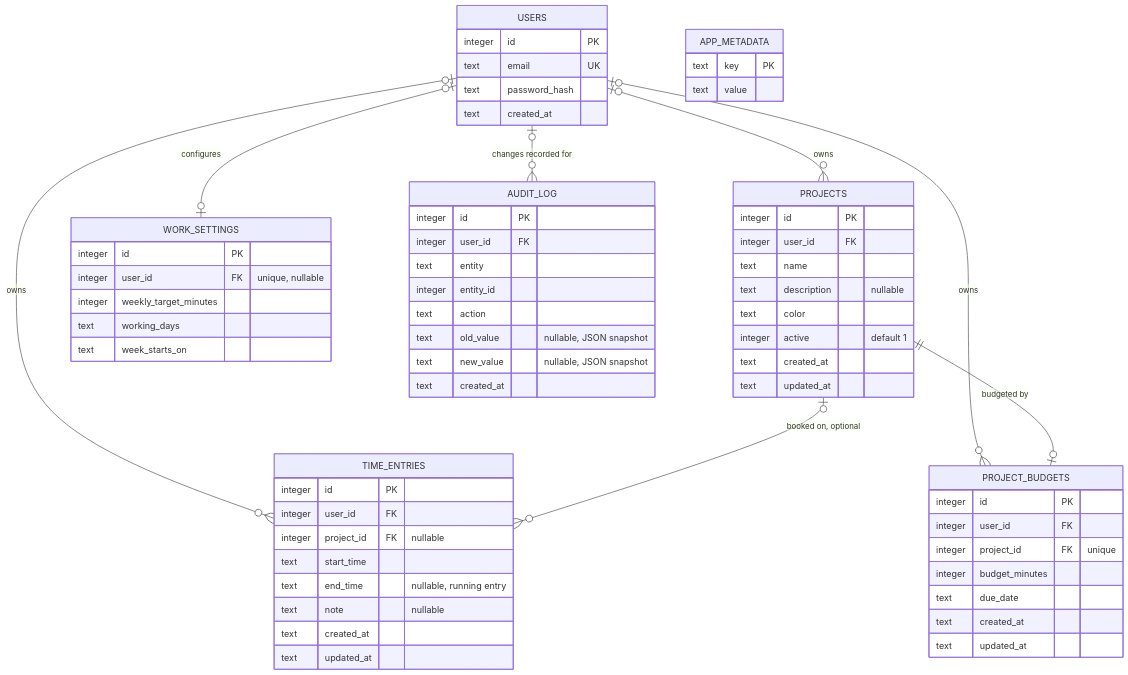
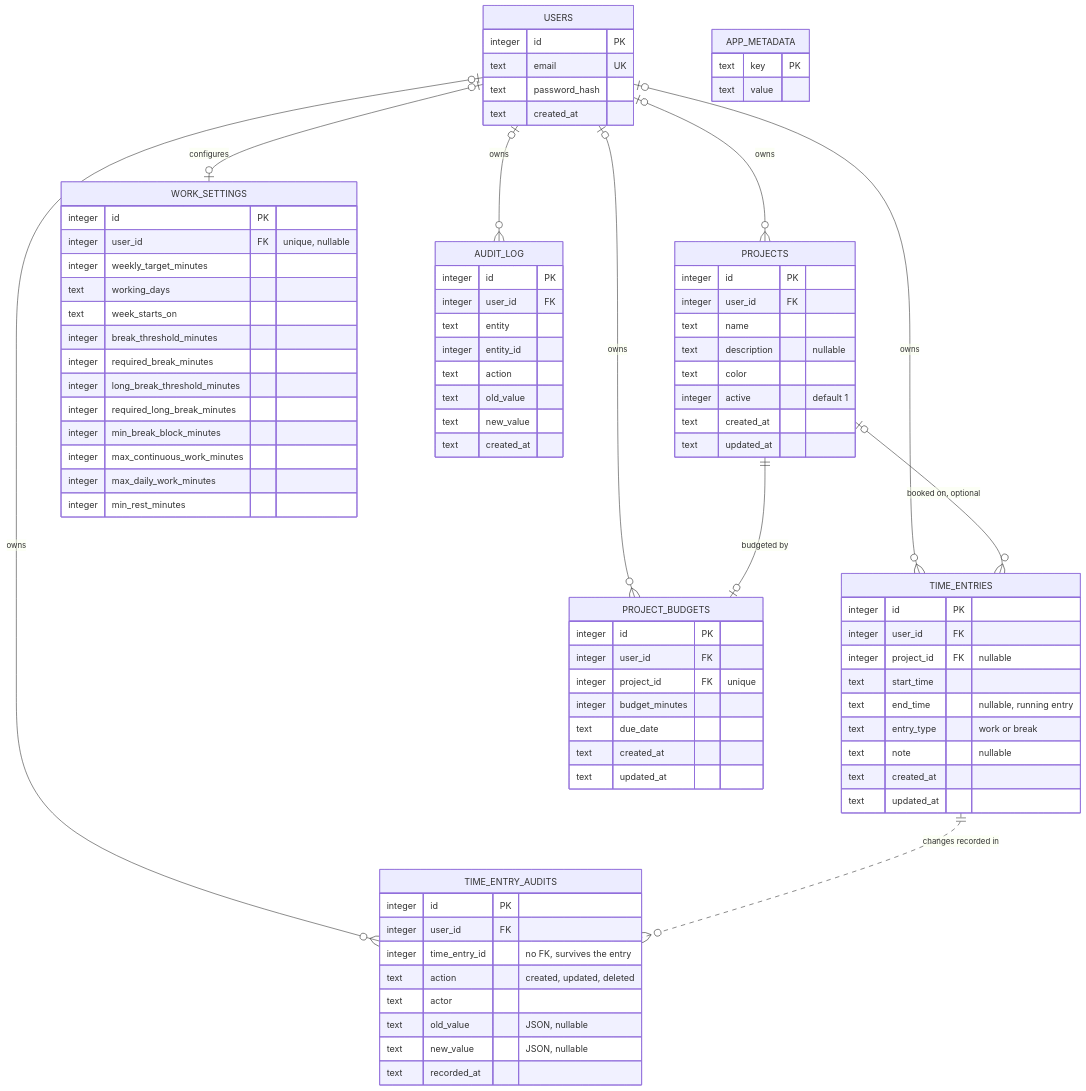
One commit to serious6/WorkTimeTracker changed the third of 3 diagrams in docs/data-model.md. Above: the diagram before and after it, drawn with Mermaid. The commit also changed other lines of this file and 59 other files, not shown here.

First line of the commit message:
UC-3: ArbZG break/rest compliance, monthly export and audit trail (#36)

```diff
--- a/docs/data-model.md
+++ b/docs/data-model.md
@@ -84,7 +86,9 @@
   USERS o|--o{ TIME_ENTRIES : owns
   USERS o|--o{ PROJECT_BUDGETS : owns
   USERS o|--o| WORK_SETTINGS : configures
-  USERS o|--o{ AUDIT_LOG : "changes recorded for"
+  USERS o|--o{ TIME_ENTRY_AUDITS : owns
+  TIME_ENTRIES ||..o{ TIME_ENTRY_AUDITS : "changes recorded in"
+  USERS o|--o{ AUDIT_LOG : owns
   PROJECTS o|--o{ TIME_ENTRIES : "booked on, optional"
   PROJECTS ||--o| PROJECT_BUDGETS : "budgeted by"
 
@@ -92,6 +96,16 @@
     integer id PK
     text email UK
     text password_hash
+    text created_at
+  }
+  AUDIT_LOG {
+    integer id PK
+    integer user_id FK
+    text entity
+    integer entity_id
+    text action
+    text old_value
+    text new_value
     text created_at
   }
   PROJECTS {
@@ -110,9 +124,20 @@
     integer project_id FK "nullable"
     text start_time
     text end_time "nullable, running entry"
+    text entry_type "work or break"
     text note "nullable"
     text created_at
     text updated_at
+  }
+  TIME_ENTRY_AUDITS {
+    integer id PK
+    integer user_id FK
+    integer time_entry_id "no FK, survives the entry"
+    text action "created, updated, deleted"
+    text actor
+    text old_value "JSON, nullable"
+    text new_value "JSON, nullable"
+    text recorded_at
   }
   PROJECT_BUDGETS {
     integer id PK
@@ -129,16 +154,14 @@
     integer weekly_target_minutes
     text working_days
     text week_starts_on
-  }
-  AUDIT_LOG {
-    integer id PK
-    integer user_id FK
-    text entity
-    integer entity_id
-    text action
-    text old_value "nullable, JSON snapshot"
-    text new_value "nullable, JSON snapshot"
-    text created_at
+    integer break_threshold_minutes
+    integer required_break_minutes
+    integer long_break_threshold_minutes
+    integer required_long_break_minutes
+    integer min_break_block_minutes
+    integer max_continuous_work_minutes
+    integer max_daily_work_minutes
+    integer min_rest_minutes
   }
   APP_METADATA {
     text key PK
```
